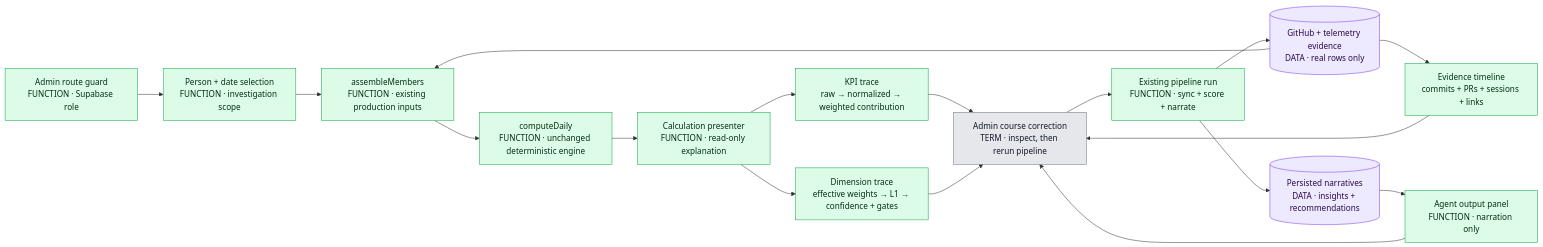
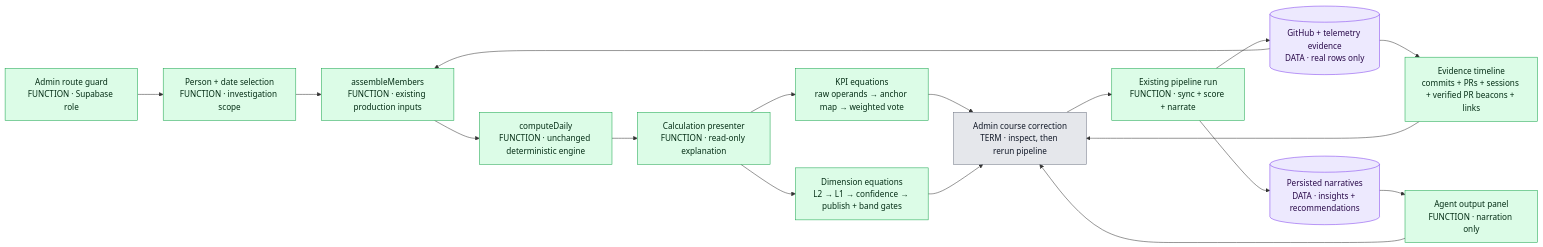
Before and after one commit to APareek89/prism_v1: the diagram in docs/mermaid/03-admin-calculation-trace.mmd, drawn with Mermaid. The commit also changed 26 other files, not shown here.

Commit message:
feat: add verified PR-link enrichment and calculation math

```diff
--- a/docs/mermaid/03-admin-calculation-trace.mmd
+++ b/docs/mermaid/03-admin-calculation-trace.mmd
@@ -1,30 +1,30 @@
 %% Prism temporary Admin calculation trace
-%% verified: 2026-07-18 live read-only replay against existing scoring engine
+%% verified: 2026-07-18 equation-level replay + PR-link evidence
 %% files: apps/web/app/(views)/admin/page.tsx, apps/web/lib/admin/calculation-trace.ts, apps/web/lib/pipeline/assemble.ts, apps/web/lib/scoring/compute-daily.ts, apps/web/lib/agents/index.ts
 %% granularity: master
 flowchart LR
   A["Admin route guard<br/>FUNCTION · Supabase role"] --> B["Person + date selection<br/>FUNCTION · investigation scope"]
   B --> C["assembleMembers<br/>FUNCTION · existing production inputs"]
   D[("GitHub + telemetry evidence<br/>DATA · real rows only")] --> C
   C --> E["computeDaily<br/>FUNCTION · unchanged deterministic engine"]
   E --> F["Calculation presenter<br/>FUNCTION · read-only explanation"]
-  F --> G["KPI trace<br/>raw → normalized → weighted contribution"]
-  F --> H["Dimension trace<br/>effective weights → L1 → confidence + gates"]
-  D --> I["Evidence timeline<br/>commits + PRs + sessions + links"]
+  F --> G["KPI equations<br/>raw operands → anchor map → weighted vote"]
+  F --> H["Dimension equations<br/>L2 → L1 → confidence → publish + band gates"]
+  D --> I["Evidence timeline<br/>commits + PRs + sessions + verified PR beacons + links"]
   J[("Persisted narratives<br/>DATA · insights + recommendations")] --> K["Agent output panel<br/>FUNCTION · narration only"]
   G --> L["Admin course correction<br/>TERM · inspect, then rerun pipeline"]
   H --> L
   I --> L
   K --> L
   L --> M["Existing pipeline run<br/>FUNCTION · sync + score + narrate"]
   M --> D
   M --> J
   class A,B,C,E,F,G,H,I,K,M fn;
   class D,J data;
   class L term;
   classDef agent fill:#dbeafe,stroke:#2563eb,color:#0b2a5b;
   classDef fn fill:#dcfce7,stroke:#16a34a,color:#052e16;
   classDef dec fill:#f3e8ff,stroke:#9333ea,color:#2a0a4a;
   classDef term fill:#e5e7eb,stroke:#6b7280,color:#111827;
   classDef ask fill:#cffafe,stroke:#0891b2,color:#083344;
   classDef data fill:#ede9fe,stroke:#7c3aed,color:#2a0a4a;
```
